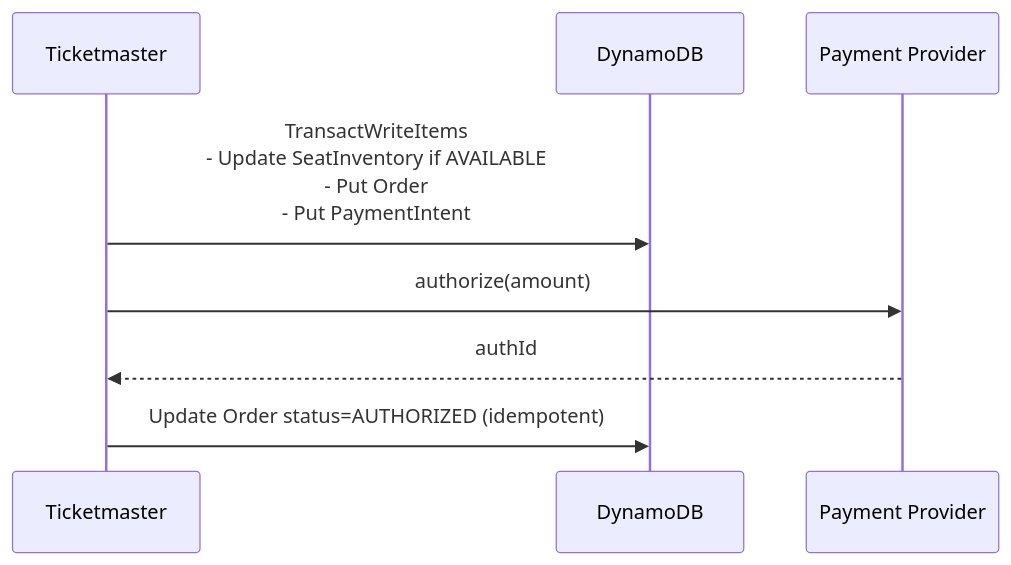
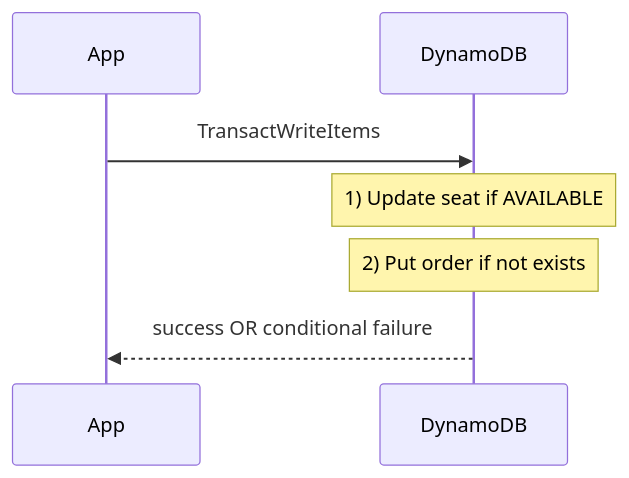
One commit to ShalomDeitch1/examples changed the second of 2 diagrams in ticketmaster/tech-locking-and-transactions/dynamodb/README.md. Above: the diagram before and after it, drawn with Mermaid. The commit also changed other lines of this file and 43 other files, not shown here.

````diff
--- a/ticketmaster/tech-locking-and-transactions/dynamodb/README.md
+++ b/ticketmaster/tech-locking-and-transactions/dynamodb/README.md
@@ -23,11 +35,10 @@
 ```mermaid
 sequenceDiagram
-  participant TM as Ticketmaster
+  participant App as App
   participant DDB as DynamoDB
-  participant Pay as Payment Provider
 
-  TM->>DDB: TransactWriteItems<br/>- Update SeatInventory if AVAILABLE<br/>- Put Order<br/>- Put PaymentIntent
-  TM->>Pay: authorize(amount)
-  Pay-->>TM: authId
-  TM->>DDB: Update Order status=AUTHORIZED (idempotent)
+  App->>DDB: TransactWriteItems
+  Note over DDB: 1) Update seat if AVAILABLE
+  Note over DDB: 2) Put order if not exists
+  DDB-->>App: success OR conditional failure
 ```
````
